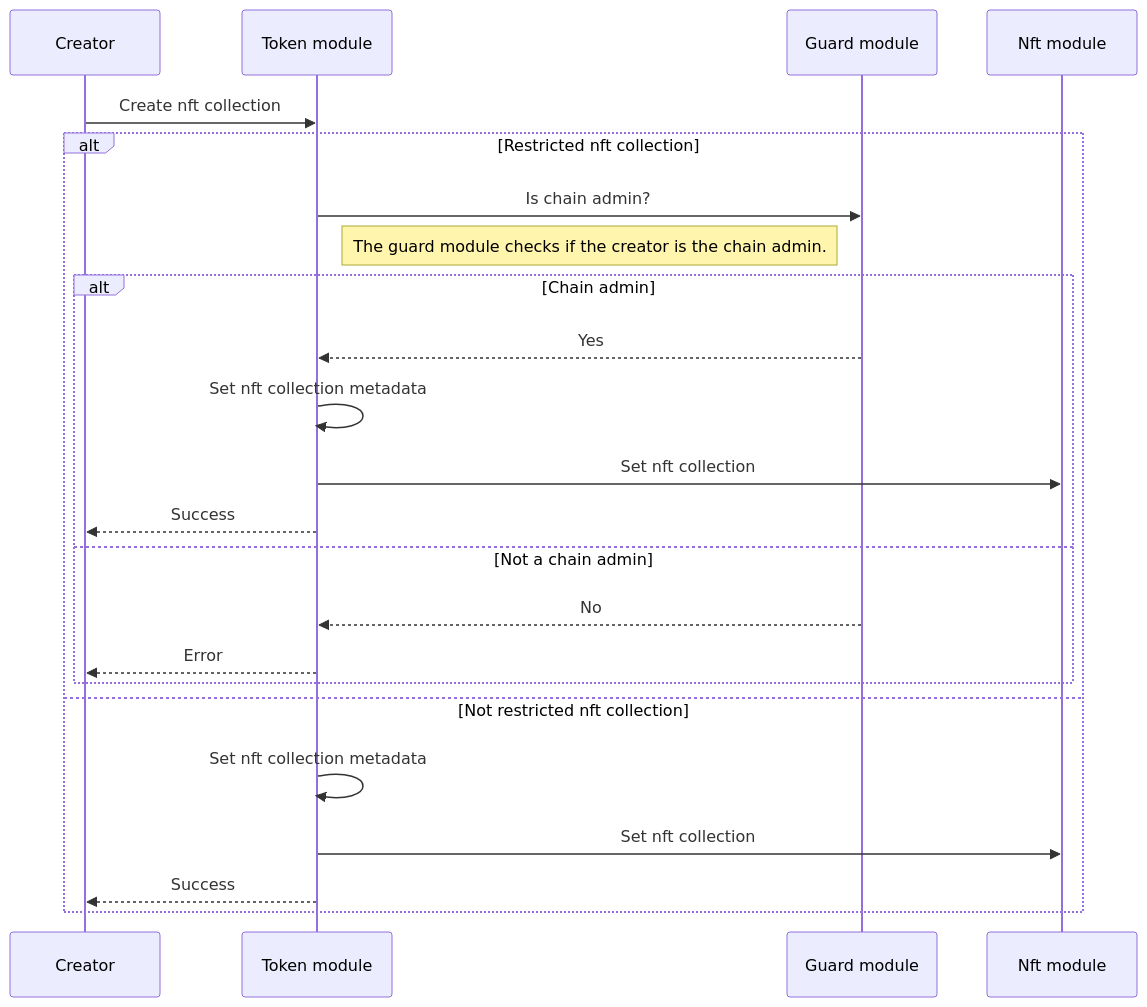
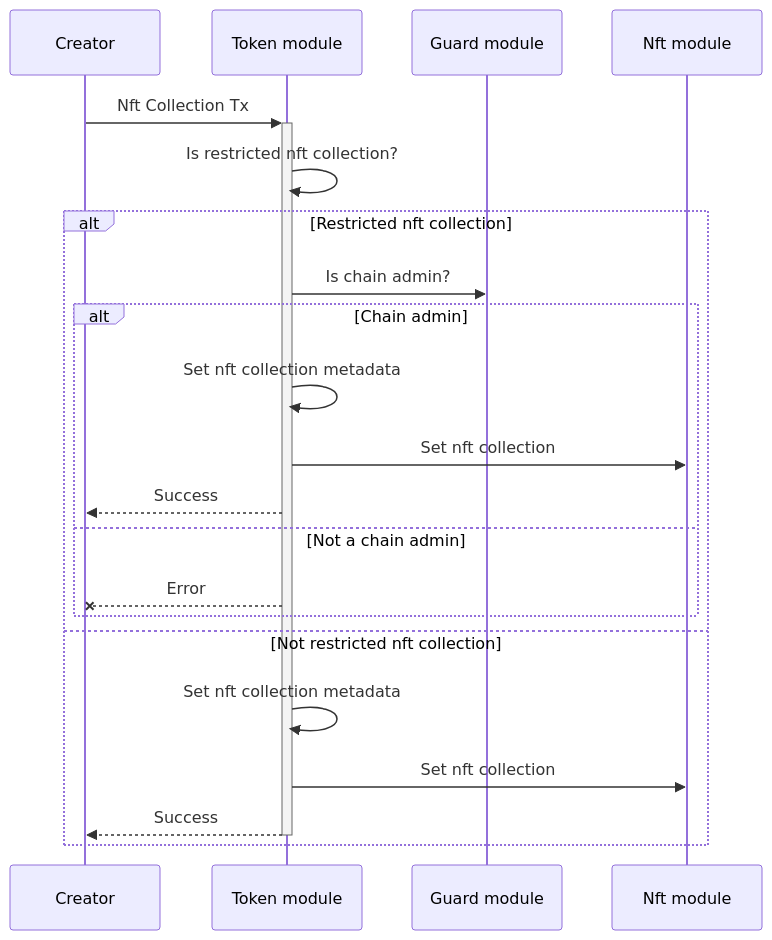
The first of 7 diagrams in x/token/spec/01_txs_flows.md (MANTRA-Chain/mantrachain), drawn with Mermaid before and after one commit. The commit also changed other lines of this file and 12 other files, not shown here.

Commit message:
docs: add update txs flows docs

````diff
--- a/x/token/spec/01_txs_flows.md
+++ b/x/token/spec/01_txs_flows.md
@@ -7,21 +7,19 @@
 ```mermaid
 sequenceDiagram
-Creator ->> Token module: Create nft collection
+Creator->>+Token module: Nft Collection Tx
+Token module->>Token module: Is restricted nft collection?
 alt Restricted nft collection
   Token module->>Guard module: Is chain admin?
-  Note left of Guard module: The guard module checks if the creator is the chain admin.
   alt Chain admin
-    Guard module-->> Token module: Yes
-    Token module->> Token module: Set nft collection metadata
-    Token module->> Nft module: Set nft collection
-    Token module-->> Creator: Success
+    Token module->>Token module: Set nft collection metadata
+    Token module->>Nft module: Set nft collection
+    Token module-->>Creator: Success
   else Not a chain admin
-    Guard module-->> Token module: No
-    Token module-->> Creator: Error
+    Token module--xCreator: Error
   end
 else Not restricted nft collection
-  Token module->> Token module: Set nft collection metadata
-  Token module->> Nft module: Set nft collection
-  Token module-->> Creator: Success
+  Token module->>Token module: Set nft collection metadata
+  Token module->>Nft module: Set nft collection
+  Token module-->>-Creator: Success
 end
 ```
````
